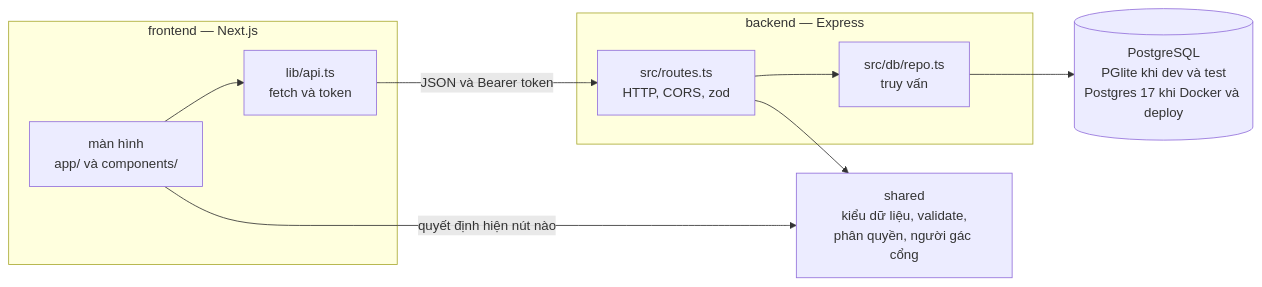
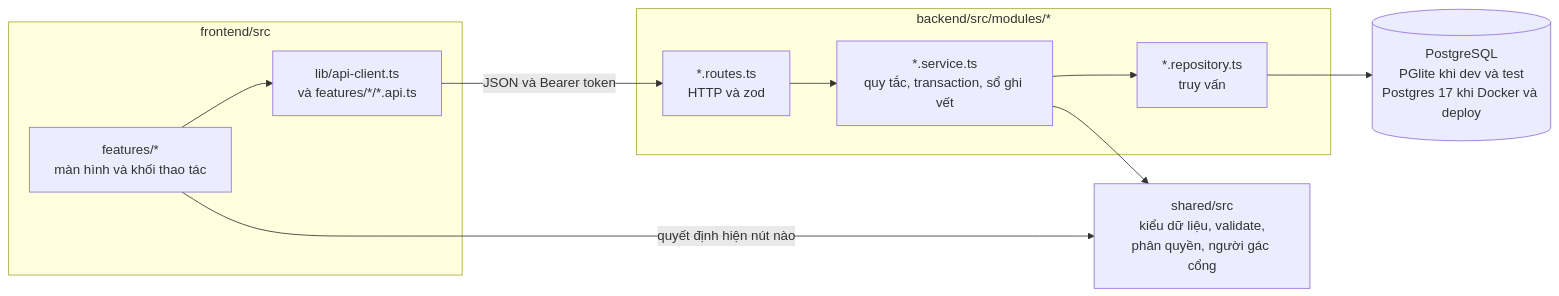
One commit to Ntpminzu/GomNang changed the fifth of 5 diagrams in docs/architecture.md. Above: the diagram before and after it, drawn with Mermaid. The commit also changed other lines of this file and 5 other files, not shown here.

First line of the commit message:
docs: cập nhật tài liệu theo cấu trúc repo mới

````diff
--- a/docs/architecture.md
+++ b/docs/architecture.md
@@ -217,20 +256,22 @@
 ```mermaid
 flowchart LR
-    subgraph WEB["frontend — Next.js"]
-        PAGES["màn hình<br/>app/ và components/"]
-        CLIENT["lib/api.ts<br/>fetch và token"]
+    subgraph WEB["frontend/src"]
+        PAGES["features/*<br/>màn hình và khối thao tác"]
+        CLIENT["lib/api-client.ts<br/>và features/*/*.api.ts"]
     end
-    subgraph API["backend — Express"]
-        ROUTES["src/routes.ts<br/>HTTP, CORS, zod"]
-        REPO["src/db/repo.ts<br/>truy vấn"]
+    subgraph API["backend/src/modules/*"]
+        ROUTES["*.routes.ts<br/>HTTP và zod"]
+        SERVICE["*.service.ts<br/>quy tắc, transaction, sổ ghi vết"]
+        REPO["*.repository.ts<br/>truy vấn"]
     end
-    DOMAIN["shared<br/>kiểu dữ liệu, validate,<br/>phân quyền, người gác cổng"]
+    DOMAIN["shared/src<br/>kiểu dữ liệu, validate,<br/>phân quyền, người gác cổng"]
     DB[("PostgreSQL<br/>PGlite khi dev và test<br/>Postgres 17 khi Docker và deploy")]
 
     PAGES --> CLIENT
     PAGES -->|"quyết định hiện nút nào"| DOMAIN
     CLIENT -->|"JSON và Bearer token"| ROUTES
-    ROUTES --> DOMAIN
-    ROUTES --> REPO
+    ROUTES --> SERVICE
+    SERVICE --> DOMAIN
+    SERVICE --> REPO
     REPO --> DB
 ```
````
